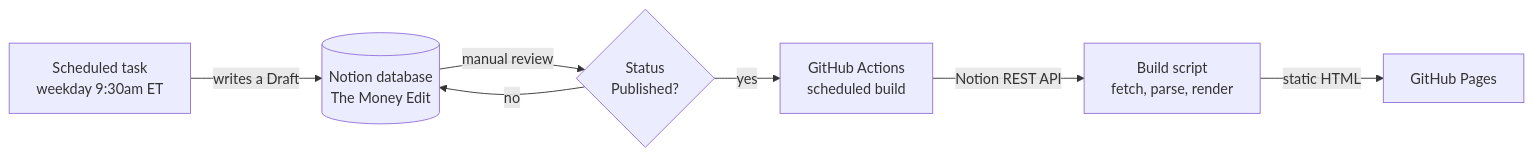
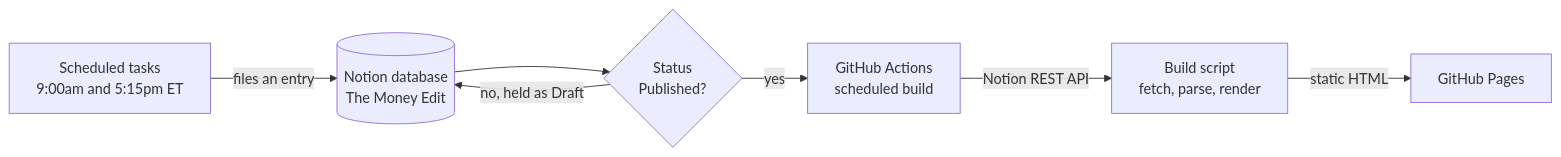
The diagram in README.md (aidenmark/the-money-edit), drawn with Mermaid before and after one commit. The commit also changed other lines of this file and 1 other file, not shown here.

First paragraph of the commit message:
Correct four claims in the docs that stopped being true
A review of the whole project turned up documentation describing a
system that no longer exists, in four places.

````diff
--- a/README.md
+++ b/README.md
@@ -15,9 +15,9 @@
 ```mermaid
 flowchart LR
-  A["Scheduled task<br/>weekday 9:30am ET"] -->|writes a Draft| B[("Notion database<br/>The Money Edit")]
-  B -->|manual review| C{"Status<br/>Published?"}
-  C -->|no| B
+  A["Scheduled tasks<br/>9:00am and 5:15pm ET"] -->|files an entry| B[("Notion database<br/>The Money Edit")]
+  B --> C{"Status<br/>Published?"}
+  C -->|no, held as Draft| B
   C -->|yes| D["GitHub Actions<br/>scheduled build"]
   D -->|Notion REST API| E["Build script<br/>fetch, parse, render"]
   E -->|static HTML| F["GitHub Pages"]
 ```
````
